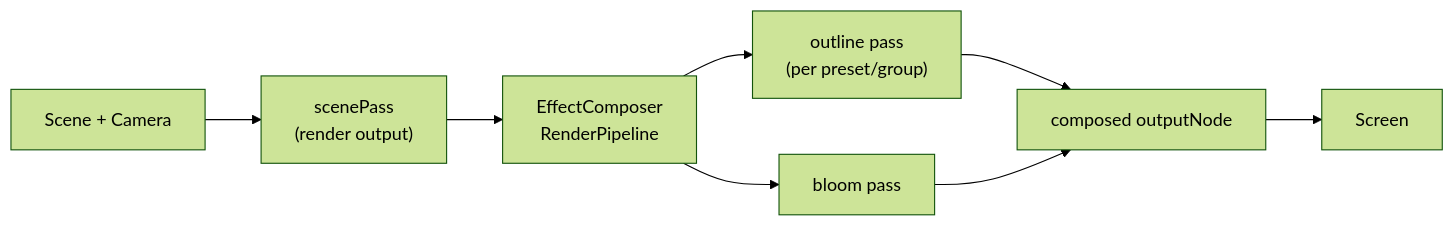
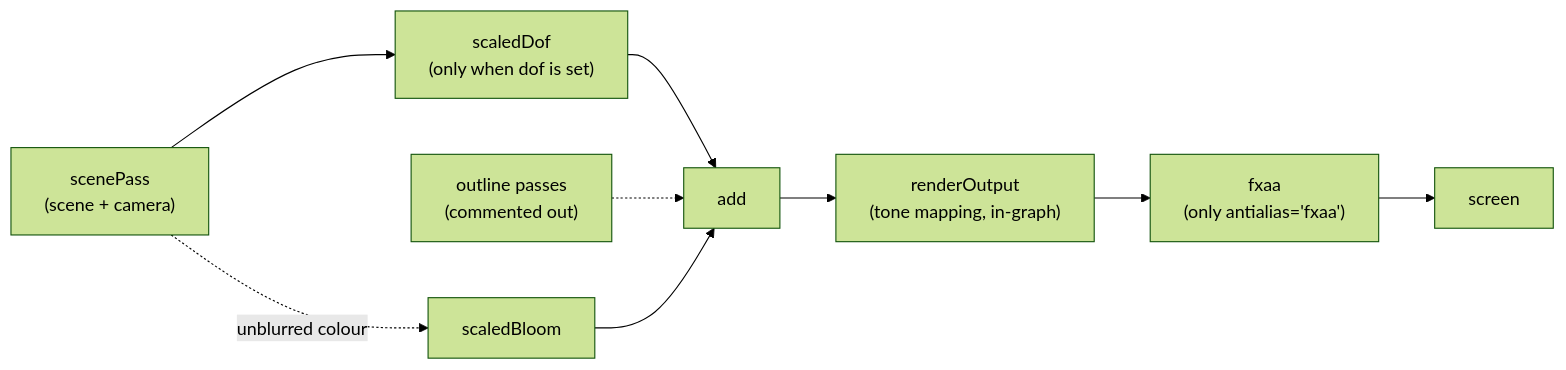
One commit to alvarosabu/artificer-forge changed the diagram in apps/grimoire/content/12.post-processing/1.overview.md. Above: the diagram before and after it, drawn with Mermaid (forest theme). The commit also changed other lines of this file and 157 other files, not shown here.

````diff
--- a/apps/grimoire/content/12.post-processing/1.overview.md
+++ b/apps/grimoire/content/12.post-processing/1.overview.md
@@ -133,10 +138,11 @@
 ```mermaid
 graph LR
-  SCENE["Scene + Camera"] --> PASS["scenePass<br/>(render output)"]
-  PASS --> COMPOSER["EffectComposer<br/>RenderPipeline"]
-  COMPOSER --> OUTLINE["outline pass<br/>(per preset/group)"]
-  COMPOSER --> BLOOM["bloom pass"]
-  OUTLINE --> OUT["composed outputNode"]
-  BLOOM --> OUT
-  OUT --> SCREEN["Screen"]
+  SCENE["scenePass<br/>(scene + camera)"] --> DOF["scaledDof<br/>(only when dof is set)"]
+  SCENE -. "unblurred colour" .-> BLOOM["scaledBloom"]
+  DOF --> ADD["add"]
+  OUTLINE["outline passes<br/>(commented out)"] -.-> ADD
+  BLOOM --> ADD
+  ADD --> TM["renderOutput<br/>(tone mapping, in-graph)"]
+  TM --> FXAA["fxaa<br/>(only antialias='fxaa')"]
+  FXAA --> SCREEN["screen"]
 ```
````
